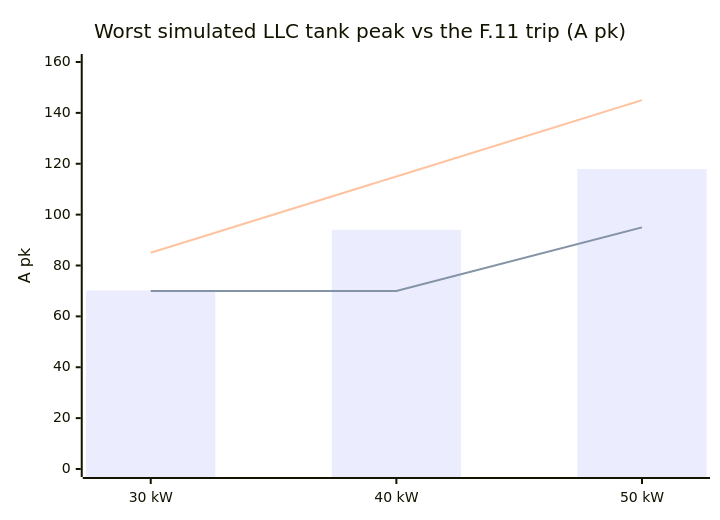
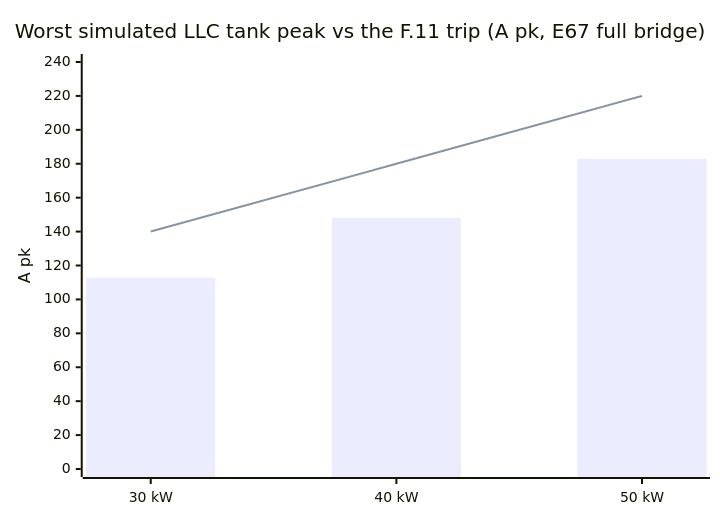
The first of 4 diagrams in docs/current-coordination.md (vectivolt/DC-Modules), drawn with Mermaid before and after one commit. The commit also changed other lines of this file and 121 other files, not shown here.

````diff
--- a/docs/current-coordination.md
+++ b/docs/current-coordination.md
@@ -56,9 +68,8 @@
 ```mermaid
 xychart-beta
-  title "Worst simulated LLC tank peak vs the F.11 trip (A pk)"
+  title "Worst simulated LLC tank peak vs the F.11 trip (A pk, E67 full bridge)"
   x-axis ["30 kW", "40 kW", "50 kW"]
-  y-axis "A pk" 0 --> 160
-  bar [70.2, 94.0, 117.9]
-  line [70, 70, 95]
-  line [85, 115, 145]
+  y-axis "A pk" 0 --> 240
+  bar [112.7, 148.1, 182.8]
+  line [140, 180, 220]
 ```
````
